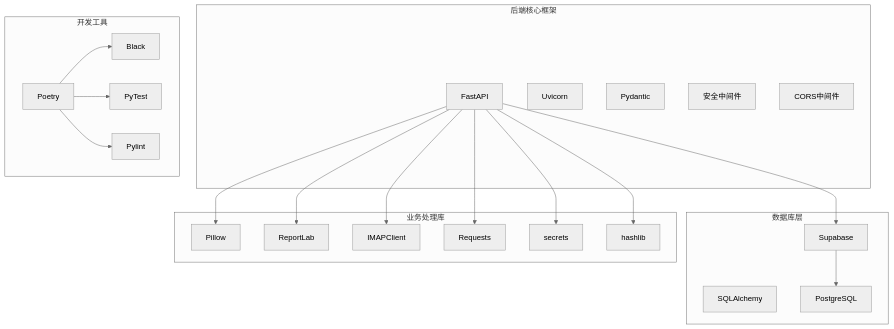
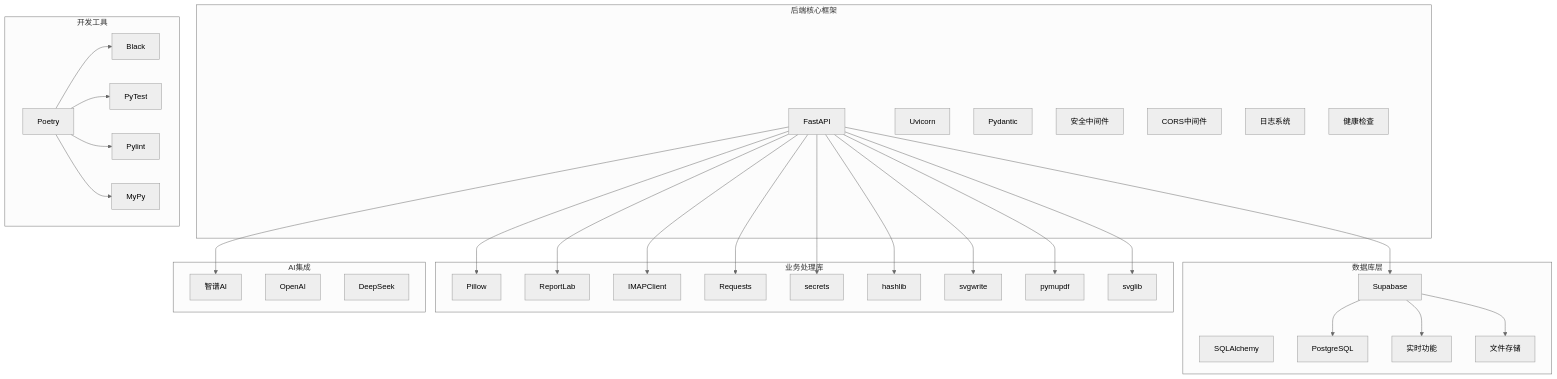
Before and after one commit to SY6621/POD-Order-Management: diagram 13 of 19 in .qoder/repowiki/zh/content/项目概述.md, drawn with Mermaid (neutral theme). The commit also changed other lines of this file and 8 other files, not shown here.

````diff
--- a/.qoder/repowiki/zh/content/项目概述.md
+++ b/.qoder/repowiki/zh/content/项目概述.md
@@ -481,40 +643,60 @@
 ```mermaid
 graph TB
 subgraph "后端核心框架"
 FastAPI[FastAPI]
 Uvicorn[Uvicorn]
 Pydantic[Pydantic]
 Security[安全中间件]
 CORS[CORS中间件]
+Logging[日志系统]
+HealthCheck[健康检查]
 end
 subgraph "数据库层"
 Supabase[Supabase]
 SQLAlchemy[SQLAlchemy]
 Postgres[PostgreSQL]
+Realtime[实时功能]
+Storage[文件存储]
 end
 subgraph "业务处理库"
 Pillow[Pillow]
 ReportLab[ReportLab]
 IMAPClient[IMAPClient]
 Requests[Requests]
 Secrets[secrets]
 Hashlib[hashlib]
+Svgwrite[svgwrite]
+PyMuPDF[pymupdf]
+Svglib[svglib]
+end
+subgraph "AI集成"
+ZhipuAI[智谱AI]
+OpenAI[OpenAI]
+DeepSeek[DeepSeek]
 end
 subgraph "开发工具"
 Poetry[Poetry]
 Black[Black]
 PyTest[PyTest]
 Pylint[Pylint]
+MyPy[MyPy]
 end
 FastAPI --> Supabase
 FastAPI --> Pillow
 FastAPI --> ReportLab
 FastAPI --> IMAPClient
 FastAPI --> Requests
 FastAPI --> Secrets
 FastAPI --> Hashlib
+FastAPI --> Svgwrite
+FastAPI --> PyMuPDF
+FastAPI --> Svglib
+FastAPI --> ZhipuAI
 Supabase --> Postgres
+Supabase --> Realtime
+Supabase --> Storage
 Poetry --> Black
 Poetry --> PyTest
 Poetry --> Pylint
+Poetry --> MyPy
 ```
````
